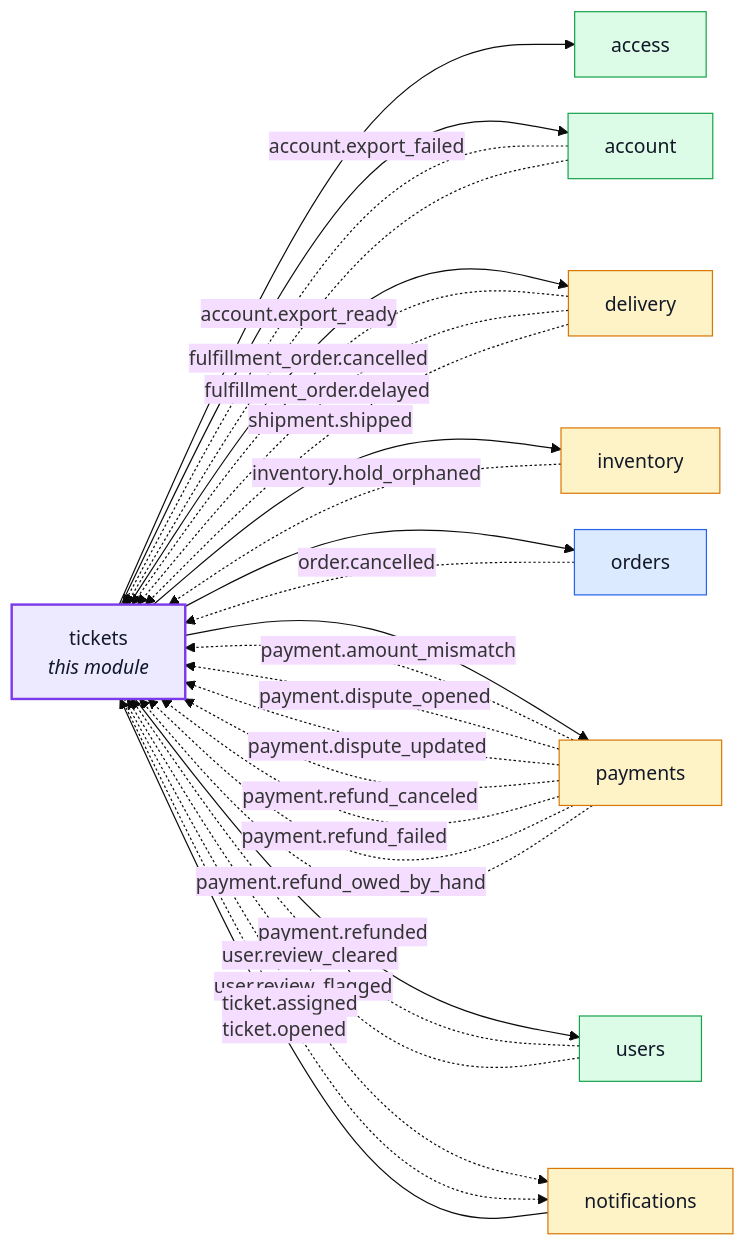
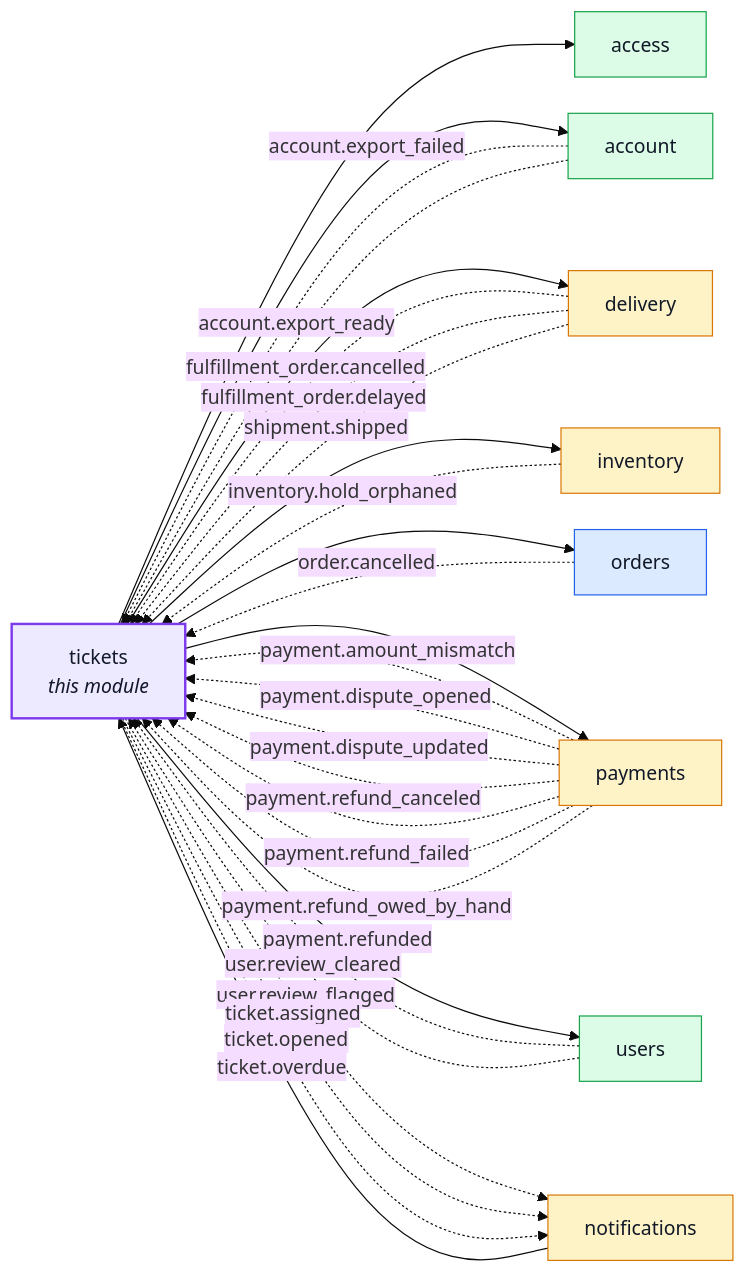
Before and after one commit to Guebbit/boilerplate-node-backend: the first of 3 diagrams in docs/modules/tickets.md, drawn with Mermaid (base theme). The commit also changed other lines of this file and 35 other files, not shown here.

First line of the commit message:
feat(tickets): remind staff once when an open ticket passes its due date

````diff
--- a/docs/modules/tickets.md
+++ b/docs/modules/tickets.md
@@ -16,49 +16,50 @@
 ```mermaid
 %%{init: {'flowchart': {'nodeSpacing': 30, 'rankSpacing': 60}}}%%
 flowchart LR
     tickets["tickets<br/><i>this module</i>"]
     access["access"]
     account["account"]
     delivery["delivery"]
     inventory["inventory"]
     notifications["notifications"]
     orders["orders"]
     payments["payments"]
     users["users"]
 
     notifications --> tickets
     tickets --> access
     tickets --> account
     tickets --> delivery
     tickets --> inventory
     tickets --> orders
     tickets --> payments
     tickets --> users
     account -. "account.export_failed" .-> tickets
     account -. "account.export_ready" .-> tickets
     delivery -. "fulfillment_order.cancelled" .-> tickets
     delivery -. "fulfillment_order.delayed" .-> tickets
     delivery -. "shipment.shipped" .-> tickets
     inventory -. "inventory.hold_orphaned" .-> tickets
     orders -. "order.cancelled" .-> tickets
     payments -. "payment.amount_mismatch" .-> tickets
     payments -. "payment.dispute_opened" .-> tickets
     payments -. "payment.dispute_updated" .-> tickets
     payments -. "payment.refund_canceled" .-> tickets
     payments -. "payment.refund_failed" .-> tickets
     payments -. "payment.refund_owed_by_hand" .-> tickets
     payments -. "payment.refunded" .-> tickets
     users -. "user.review_cleared" .-> tickets
     users -. "user.review_flagged" .-> tickets
     tickets -. "ticket.assigned" .-> notifications
     tickets -. "ticket.opened" .-> notifications
+    tickets -. "ticket.overdue" .-> notifications
 
     classDef core fill:#dbeafe,stroke:#2563eb,color:#111827;
     classDef supporting fill:#fef3c7,stroke:#d97706,color:#111827;
     classDef generic fill:#dcfce7,stroke:#16a34a,color:#111827;
     classDef centre fill:#ede9fe,stroke:#7c3aed,stroke-width:2px,color:#111827;
     class orders core;
     class delivery,inventory,notifications,payments supporting;
     class access,account,users generic;
     class tickets centre;
 ```
````
